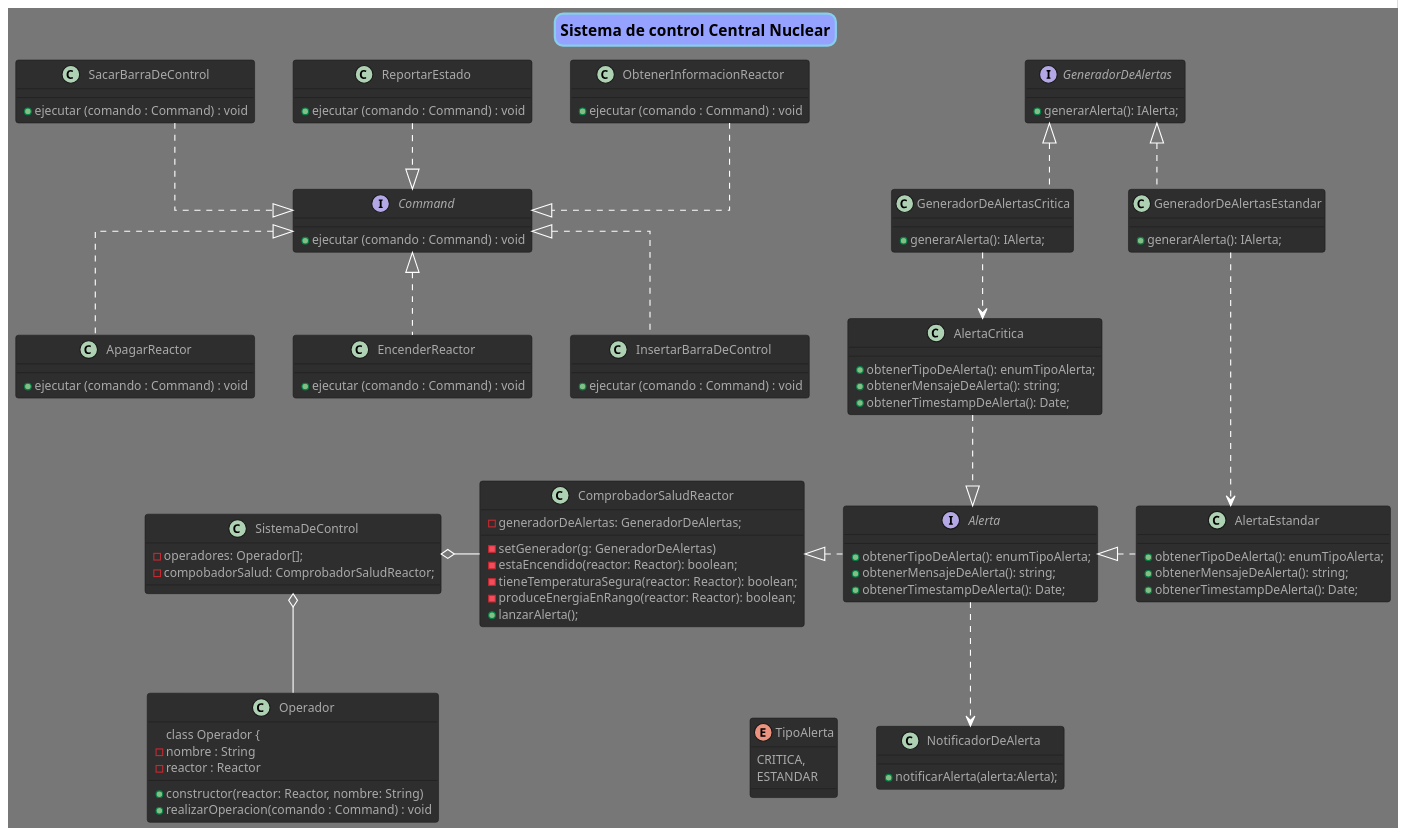
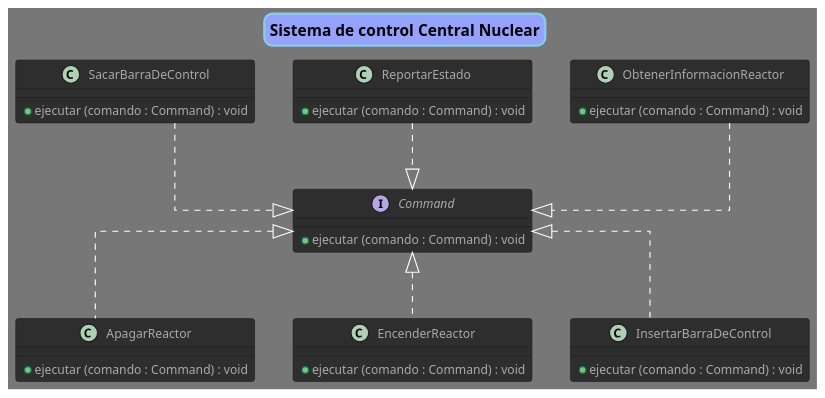
The diagram in diagrams/clases_sistema_control.puml (fmiguezo/reactor_nuclear), drawn with PlantUML before and after one commit.

Commit message:
eliminado el contenido desactualizado

```diff
--- a/diagrams/clases_sistema_control.puml
+++ b/diagrams/clases_sistema_control.puml
@@ -1,136 +1,55 @@
 @startuml Tp
 
 title "Sistema de control Central Nuclear"
 !theme reddress-darkblue
 scale 1.3
 skinparam Linetype ortho
 
 skinparam titleBorderRoundCorner 15
 skinparam titleBorderThickness 2
 skinparam titleBorderColor skyBlue
 skinparam titleBackgroundColor #96a2ff
 
-' Procesamiento de Datos
-class ComprobadorSaludReactor {
-    -generadorDeAlertas: GeneradorDeAlertas;
-    -setGenerador(g: GeneradorDeAlertas)
-    - estaEncendido(reactor: Reactor): boolean;
-    - tieneTemperaturaSegura(reactor: Reactor): boolean;
-    - produceEnergiaEnRango(reactor: Reactor): boolean;
-    +lanzarAlerta();
-}
 
-class SistemaDeControl
-{
-    - operadores: Operador[];
-    - compobadorSalud: ComprobadorSaludReactor;
-}
-
-' Operador
-class Operador {
-    class Operador {
-    - nombre : String
-    - reactor : Reactor
-    + constructor(reactor: Reactor, nombre: String)
-    + realizarOperacion(comando : Command) : void
-}
 
 interface Command{
     + ejecutar (comando : Command) : void
 }
 
 class ApagarReactor {
     + ejecutar (comando : Command) : void
 }
 
 class EncenderReactor {
     + ejecutar (comando : Command) : void
 }
 
 class InsertarBarraDeControl {
     + ejecutar (comando : Command) : void
 }
 
 class ObtenerInformacionReactor {
     + ejecutar (comando : Command) : void
 }
 
 class ReportarEstado {
     + ejecutar (comando : Command) : void
 }
 
 class SacarBarraDeControl {
     + ejecutar (comando : Command) : void
 }
 
 
 
 
-
-
-interface Alerta {
-    + obtenerTipoDeAlerta(): enumTipoAlerta;
-    + obtenerMensajeDeAlerta(): string;
-    + obtenerTimestampDeAlerta(): Date;
-}
-
-class AlertaCritica{
-    + obtenerTipoDeAlerta(): enumTipoAlerta;
-    + obtenerMensajeDeAlerta(): string;
-    + obtenerTimestampDeAlerta(): Date;
-
-}
-
-class AlertaEstandar{
-    + obtenerTipoDeAlerta(): enumTipoAlerta;
-    + obtenerMensajeDeAlerta(): string;
-    + obtenerTimestampDeAlerta(): Date;
-}
-
-class NotificadorDeAlerta {
-    + notificarAlerta(alerta:Alerta);
-}
-
-enum TipoAlerta {
-    CRITICA,
-    ESTANDAR
-}
-
-interface GeneradorDeAlertas
-{
-    + generarAlerta(): IAlerta;
-}
-
-class GeneradorDeAlertasEstandar
-{
-    + generarAlerta(): IAlerta;
-}
-
-class GeneradorDeAlertasCritica
-{
-    + generarAlerta(): IAlerta;
-}
-
-
-
 ' Relaciones
-SistemaDeControl o-d- Operador
-SistemaDeControl o-r- ComprobadorSaludReactor
-ComprobadorSaludReactor <|.r. Alerta
-Alerta <|.r. AlertaEstandar
-Alerta <|.u. AlertaCritica
-GeneradorDeAlertas <|.. GeneradorDeAlertasEstandar
-GeneradorDeAlertas <|.. GeneradorDeAlertasCritica
-NotificadorDeAlerta <.u. Alerta
-TipoAlerta -[hidden]r- NotificadorDeAlerta
-AlertaCritica <.u. GeneradorDeAlertasCritica
-AlertaEstandar <.u.. GeneradorDeAlertasEstandar
 Command <|.. ApagarReactor
 Command <|.. EncenderReactor
 Command <|.. InsertarBarraDeControl
 Command <|.u. ObtenerInformacionReactor
 Command <|.u. ReportarEstado
 Command <|.u. SacarBarraDeControl
 
 
 @enduml
```
